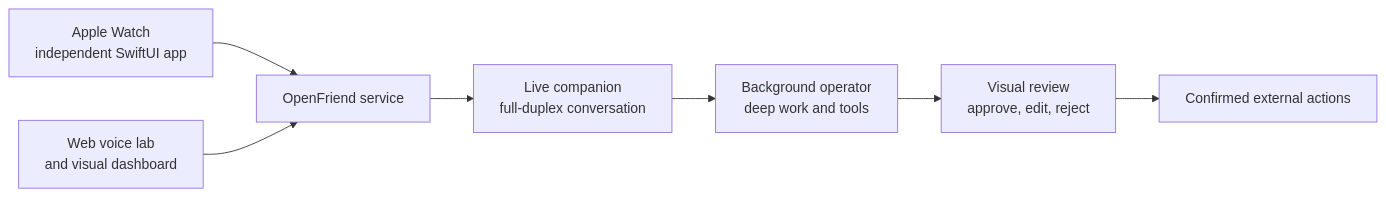
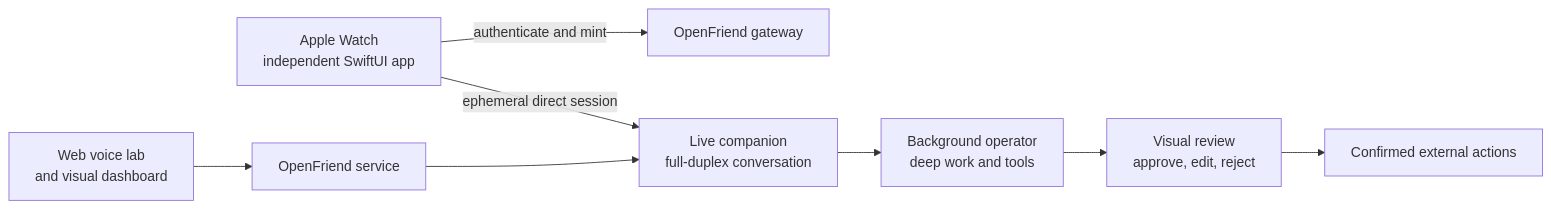
Before and after one commit to andrewsiah/openfriend: the diagram in README.md, drawn with Mermaid. The commit also changed other lines of this file and 11 other files, not shown here.

First line of the commit message:
Design Phase 2 phone-free Watch conversation (#11)

````diff
--- a/README.md
+++ b/README.md
@@ -76,9 +79,10 @@
 ```mermaid
 flowchart LR
-    Watch["Apple Watch\nindependent SwiftUI app"] --> Service["OpenFriend service"]
+    Watch["Apple Watch\nindependent SwiftUI app"] -->|"authenticate and mint"| Gateway["OpenFriend gateway"]
+    Watch -->|"ephemeral direct session"| Live["Live companion\nfull-duplex conversation"]
     Web["Web voice lab\nand visual dashboard"] --> Service
-    Service --> Live["Live companion\nfull-duplex conversation"]
+    Service["OpenFriend service"] --> Live
     Live --> Operator["Background operator\ndeep work and tools"]
     Operator --> Review["Visual review\napprove, edit, reject"]
     Review --> Actions["Confirmed external actions"]
 ```
````
